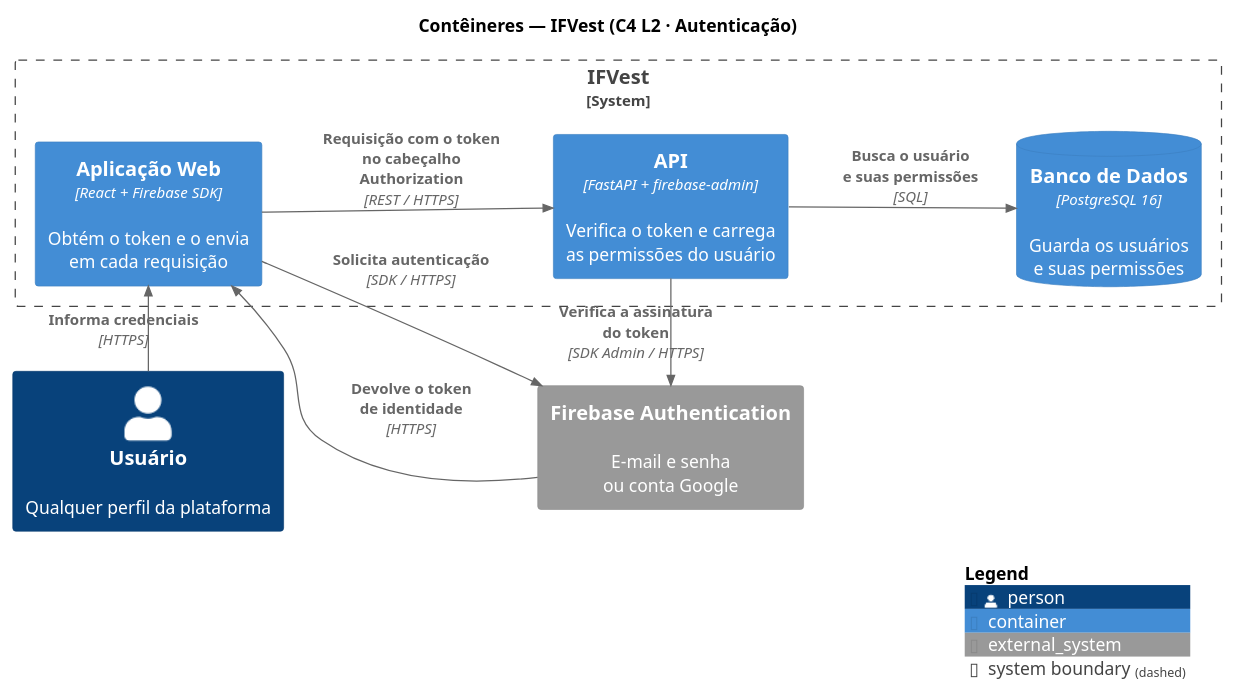
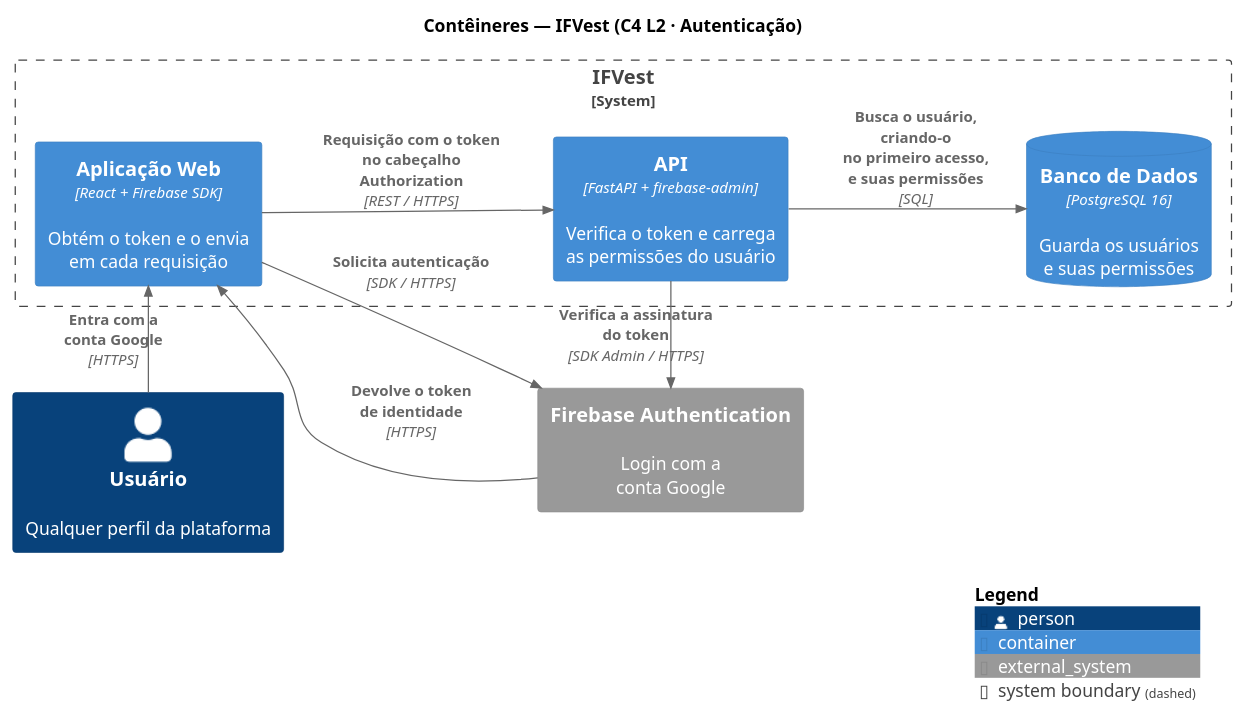
Before and after one commit to IthaloCavalcante/ifvest-docs: the diagram in docs/diagrams/src/c4_l2_container_3.puml, drawn with PlantUML. The commit also changed 17 other files, not shown here.

```diff
--- a/docs/diagrams/src/c4_l2_container_3.puml
+++ b/docs/diagrams/src/c4_l2_container_3.puml
@@ -1,26 +1,26 @@
 @startuml C4_Container_IFVest_Auth
 !include https://raw.githubusercontent.com/plantuml-stdlib/C4-PlantUML/master/C4_Container.puml
 
 title Contêineres — IFVest (C4 L2 · Autenticação)
 
 LAYOUT_LEFT_RIGHT()
 
 Person(usuario, "Usuário", "Qualquer perfil da plataforma")
 
 System_Boundary(ifvest, "IFVest") {
     Container(web, "Aplicação Web", "React + Firebase SDK", "Obtém o token e o envia\nem cada requisição")
     Container(api, "API", "FastAPI + firebase-admin", "Verifica o token e carrega\nas permissões do usuário")
     ContainerDb(db, "Banco de Dados", "PostgreSQL 16", "Guarda os usuários\ne suas permissões")
 }
 
-System_Ext(firebase, "Firebase Authentication", "E-mail e senha\nou conta Google")
+System_Ext(firebase, "Firebase Authentication", "Login com a\nconta Google")
 
-Rel_R(usuario, web, "Informa credenciais", "HTTPS")
+Rel_R(usuario, web, "Entra com a\nconta Google", "HTTPS")
 Rel_R(web, firebase, "Solicita autenticação", "SDK / HTTPS")
 Rel_L(firebase, web, "Devolve o token\nde identidade", "HTTPS")
 Rel_D(web, api, "Requisição com o token\nno cabeçalho Authorization", "REST / HTTPS")
 Rel_R(api, firebase, "Verifica a assinatura\ndo token", "SDK Admin / HTTPS")
-Rel_D(api, db, "Busca o usuário\ne suas permissões", "SQL")
+Rel_D(api, db, "Busca o usuário, criando-o\nno primeiro acesso,\ne suas permissões", "SQL")
 
 SHOW_LEGEND()
 @enduml
```
